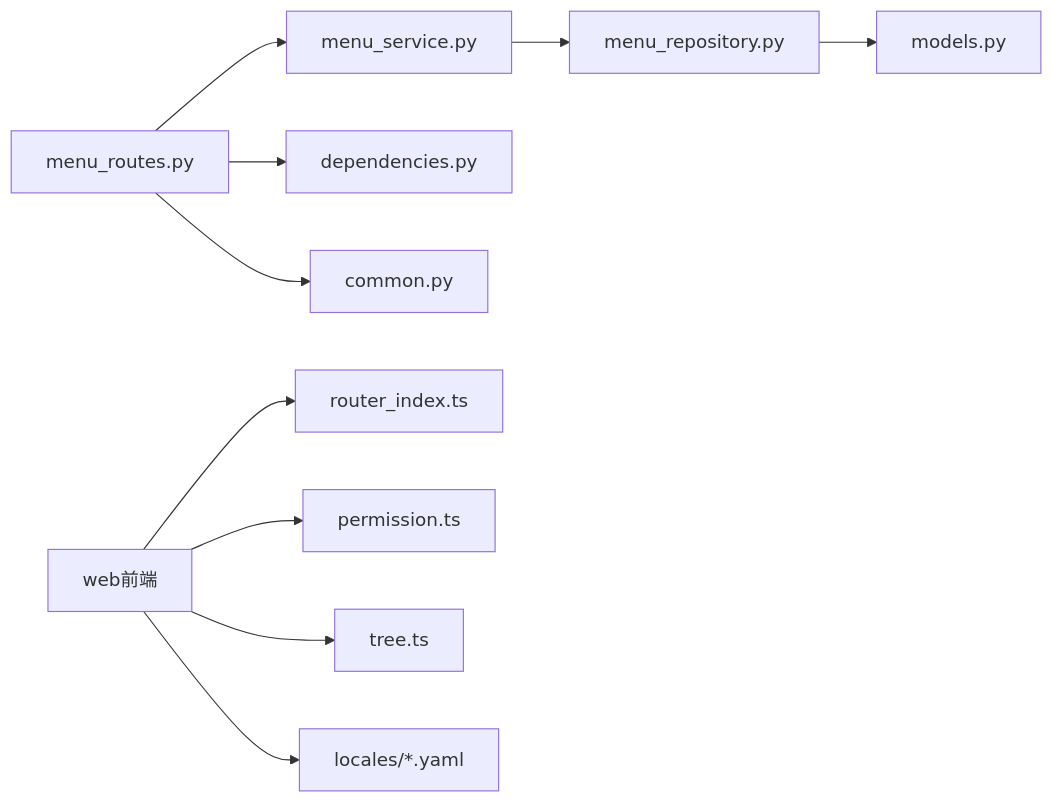
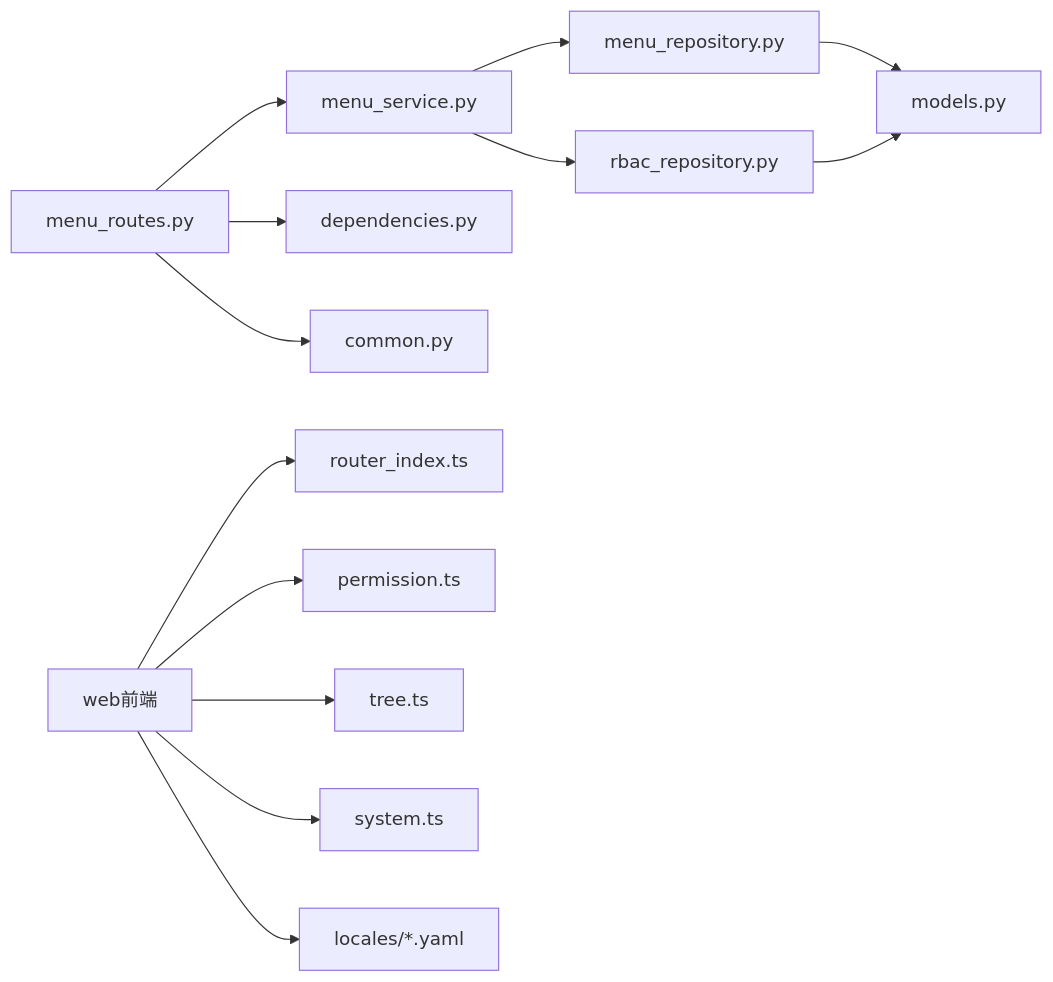
The sixth of 6 diagrams in .qoder/repowiki/zh/content/API 接口文档/菜单管理接口.md (taoweidong/Hello-FastApi), drawn with Mermaid before and after one commit. The commit also changed other lines of this file and 9 other files, not shown here.

````diff
--- a/.qoder/repowiki/zh/content/API 接口文档/菜单管理接口.md
+++ b/.qoder/repowiki/zh/content/API 接口文档/菜单管理接口.md
@@ -303,12 +375,15 @@
 ```mermaid
 graph LR
 R["menu_routes.py"] --> S["menu_service.py"]
 S --> RP["menu_repository.py"]
+S --> PERM["rbac_repository.py"]
 RP --> M["models.py"]
+PERM --> M
 R --> D["dependencies.py"]
 R --> C["common.py"]
 FE["web前端"] --> RT["router_index.ts"]
 FE --> PS["permission.ts"]
 FE --> TU["tree.ts"]
+FE --> SYS["system.ts"]
 FE --> LOCA["locales/*.yaml"]
 ```
````
